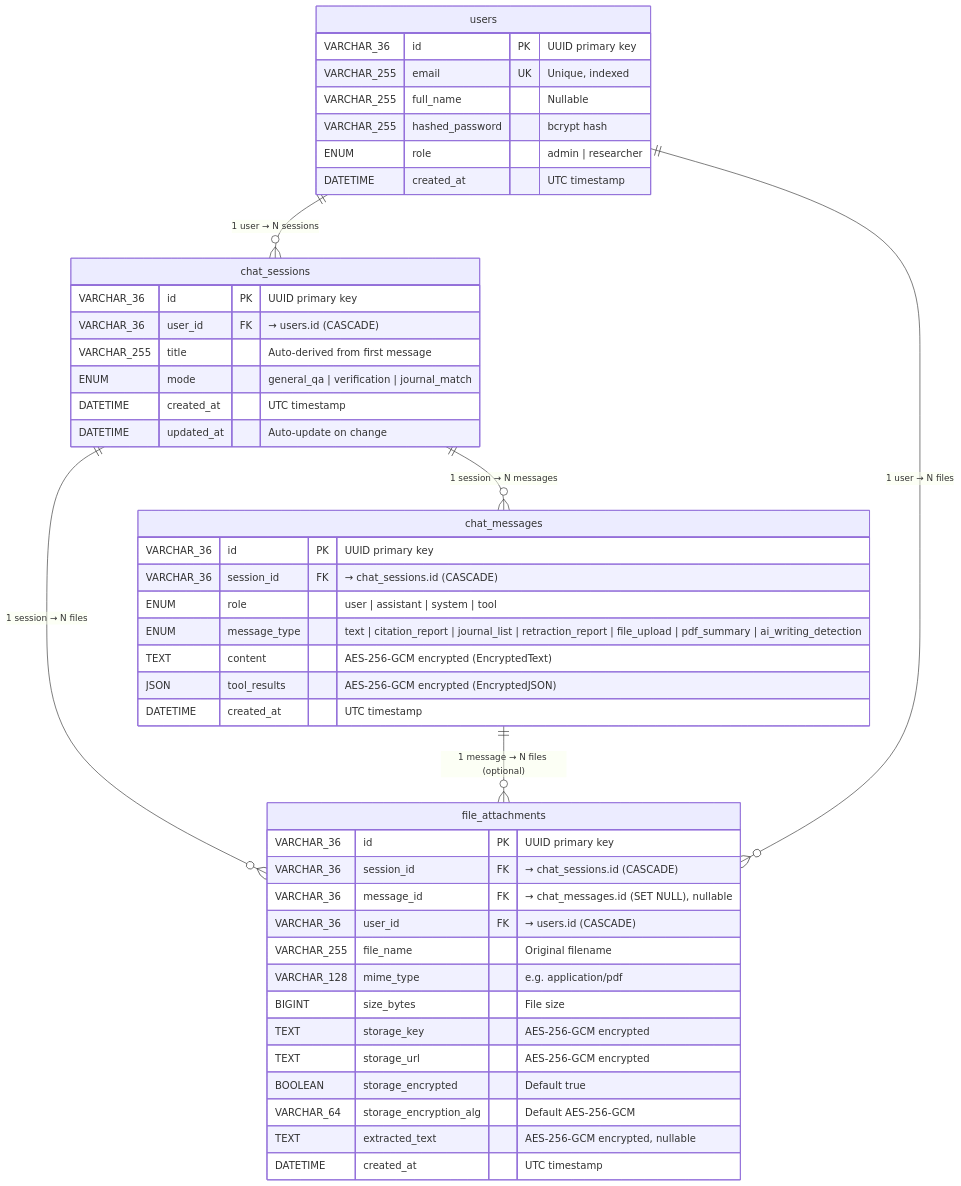
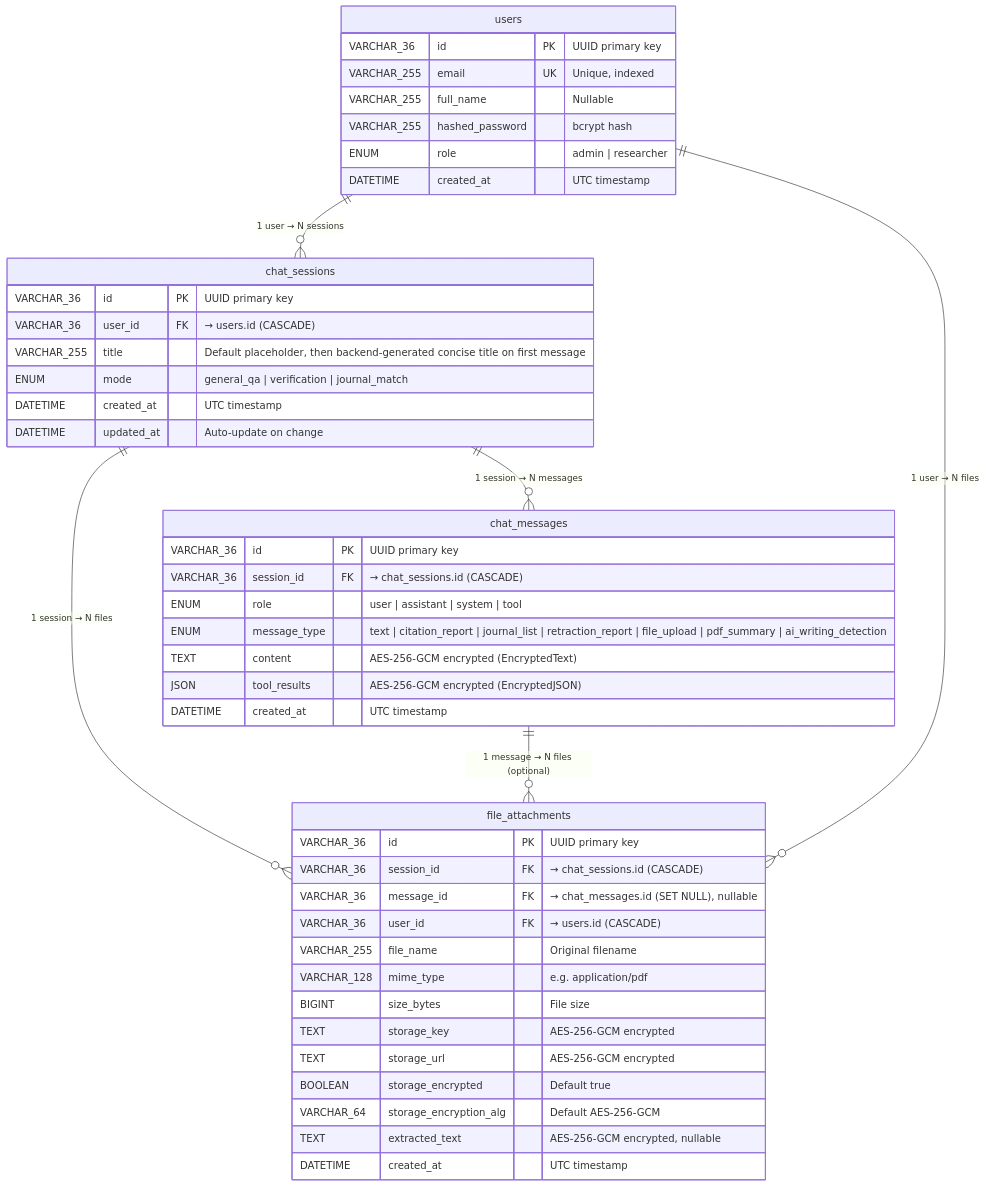
Diagram 20 of 29 in architecture.md (Nhan-Laptop/NT208.Q21.ANTN), drawn with Mermaid before and after one commit. The commit also changed other lines of this file and 21 other files, not shown here.

````diff
--- a/architecture.md
+++ b/architecture.md
@@ -2033,52 +2043,52 @@
 ```mermaid
 erDiagram
     users {
         VARCHAR_36 id PK "UUID primary key"
         VARCHAR_255 email UK "Unique, indexed"
         VARCHAR_255 full_name "Nullable"
         VARCHAR_255 hashed_password "bcrypt hash"
         ENUM role "admin | researcher"
         DATETIME created_at "UTC timestamp"
     }
 
     chat_sessions {
         VARCHAR_36 id PK "UUID primary key"
         VARCHAR_36 user_id FK "→ users.id (CASCADE)"
-        VARCHAR_255 title "Auto-derived from first message"
+        VARCHAR_255 title "Default placeholder, then backend-generated concise title on first message"
         ENUM mode "general_qa | verification | journal_match"
         DATETIME created_at "UTC timestamp"
         DATETIME updated_at "Auto-update on change"
     }
 
     chat_messages {
         VARCHAR_36 id PK "UUID primary key"
         VARCHAR_36 session_id FK "→ chat_sessions.id (CASCADE)"
         ENUM role "user | assistant | system | tool"
         ENUM message_type "text | citation_report | journal_list | retraction_report | file_upload | pdf_summary | ai_writing_detection"
         TEXT content "AES-256-GCM encrypted (EncryptedText)"
         JSON tool_results "AES-256-GCM encrypted (EncryptedJSON)"
         DATETIME created_at "UTC timestamp"
     }
 
     file_attachments {
         VARCHAR_36 id PK "UUID primary key"
         VARCHAR_36 session_id FK "→ chat_sessions.id (CASCADE)"
         VARCHAR_36 message_id FK "→ chat_messages.id (SET NULL), nullable"
         VARCHAR_36 user_id FK "→ users.id (CASCADE)"
         VARCHAR_255 file_name "Original filename"
         VARCHAR_128 mime_type "e.g. application/pdf"
         BIGINT size_bytes "File size"
         TEXT storage_key "AES-256-GCM encrypted"
         TEXT storage_url "AES-256-GCM encrypted"
         BOOLEAN storage_encrypted "Default true"
         VARCHAR_64 storage_encryption_alg "Default AES-256-GCM"
         TEXT extracted_text "AES-256-GCM encrypted, nullable"
         DATETIME created_at "UTC timestamp"
     }
 
     users ||--o{ chat_sessions : "1 user → N sessions"
     chat_sessions ||--o{ chat_messages : "1 session → N messages"
     chat_sessions ||--o{ file_attachments : "1 session → N files"
     chat_messages ||--o{ file_attachments : "1 message → N files (optional)"
     users ||--o{ file_attachments : "1 user → N files"
 ```
````
